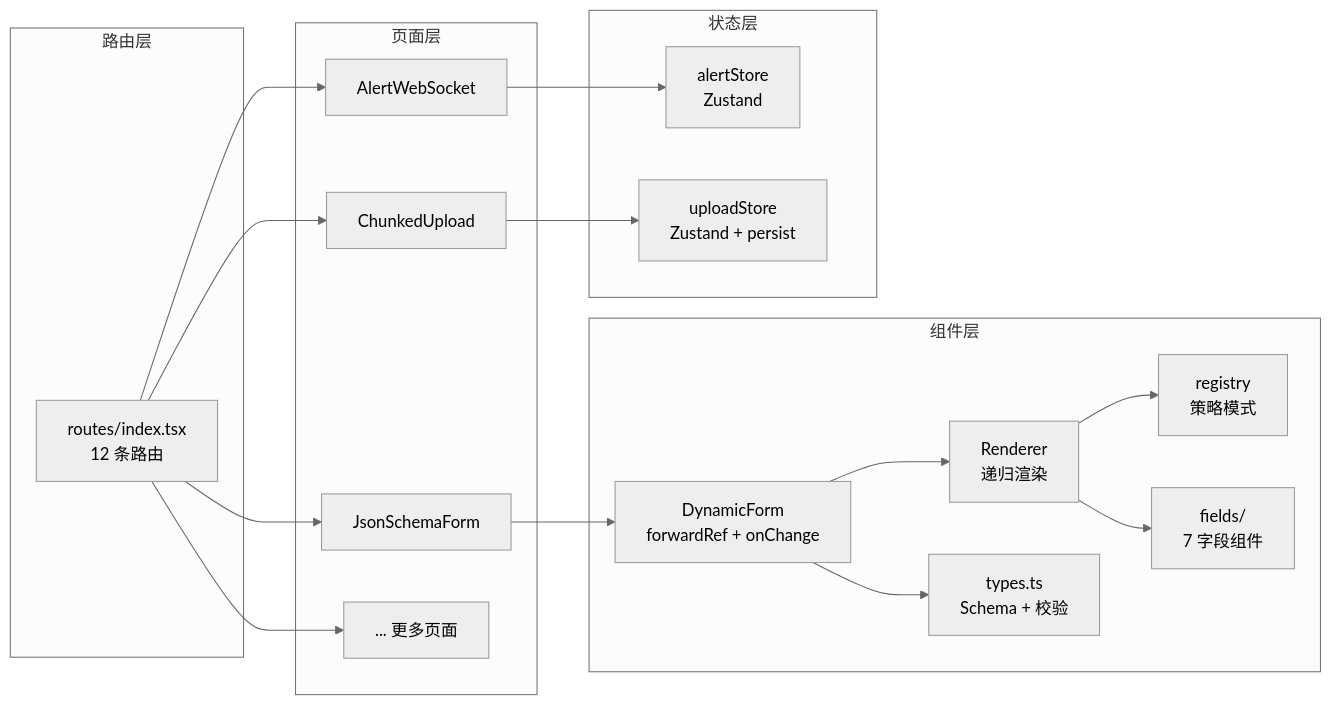
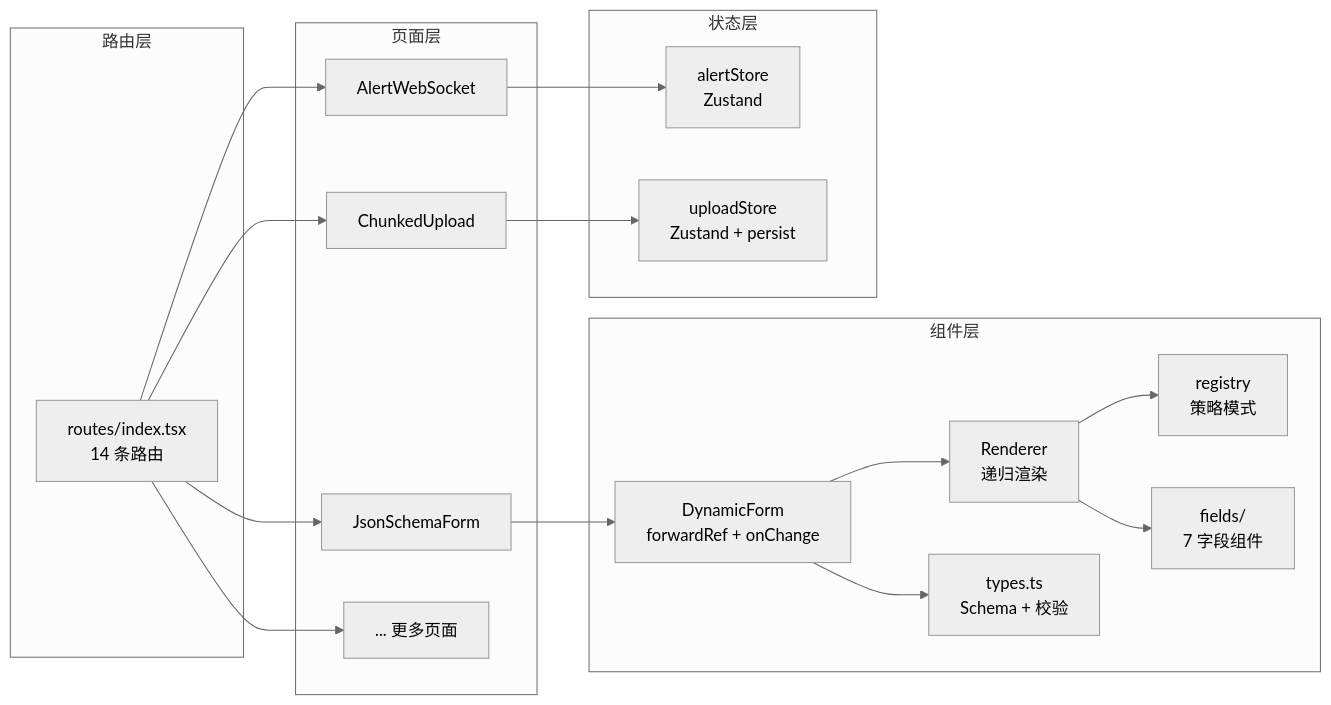
Before and after one commit to KMaybe01/interview-demo: the seventh of 46 diagrams in docs/面试亮点.md, drawn with Mermaid (neutral theme). The commit also changed other lines of this file and 42 other files, not shown here.

````diff
--- a/docs/面试亮点.md
+++ b/docs/面试亮点.md
@@ -358,33 +359,33 @@
 ```mermaid
 graph LR
     subgraph Routes["路由层"]
-        R["routes/index.tsx<br/>12 条路由"]
+        R["routes/index.tsx<br/>14 条路由"]
     end
 
     subgraph Pages["页面层"]
         JSF["JsonSchemaForm"]
         AWS["AlertWebSocket"]
         CU["ChunkedUpload"]
         OTHER["... 更多页面"]
     end
 
     subgraph Components["组件层"]
         DF["DynamicForm<br/>forwardRef + onChange"]
         REN["Renderer<br/>递归渲染"]
         REG["registry<br/>策略模式"]
         TYPES["types.ts<br/>Schema + 校验"]
         FIELDS["fields/<br/>7 字段组件"]
     end
 
     subgraph Stores["状态层"]
         AS["alertStore<br/>Zustand"]
         US["uploadStore<br/>Zustand + persist"]
     end
 
     R --> JSF & AWS & CU & OTHER
     JSF --> DF --> REN --> REG
     DF --> TYPES
     REN --> FIELDS
     AWS --> AS
     CU --> US
 ```
````
